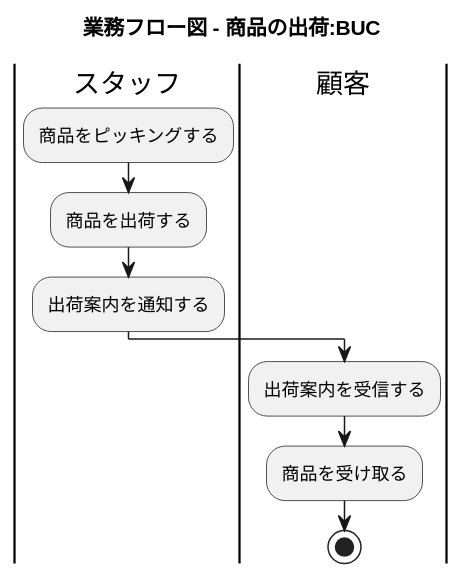
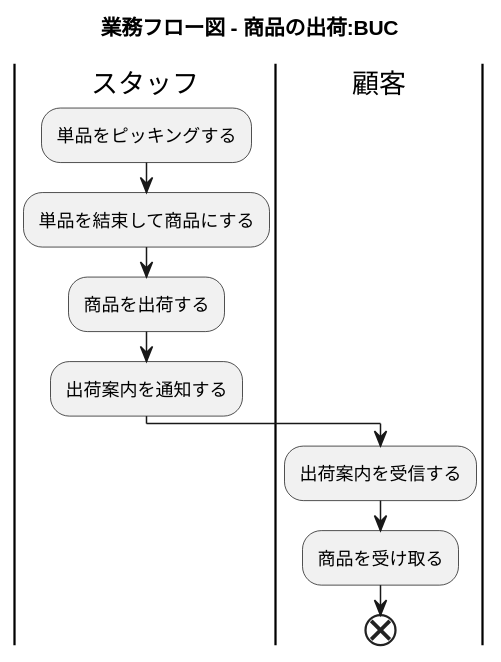
Before and after one commit to k2works/application_programing_excercise_2022: diagram 14 of 21 in docs/index.adoc, drawn with PlantUML. The commit also changed other lines of this file, not shown here.

```diff
--- a/docs/index.adoc
+++ b/docs/index.adoc
@@ -407,19 +486,20 @@
 [plantuml]
 ----
 @startuml
 
 title 業務フロー図 - 商品の出荷:BUC
 
 |スタッフ|
-:商品をピッキングする;
+:単品をピッキングする;
+:単品を結束して商品にする;
 :商品を出荷する;
 :出荷案内を通知する;
 
 |顧客|
 :出荷案内を受信する;
 :商品を受け取る;
 
-stop
+end
 
 @enduml
 ----
```
